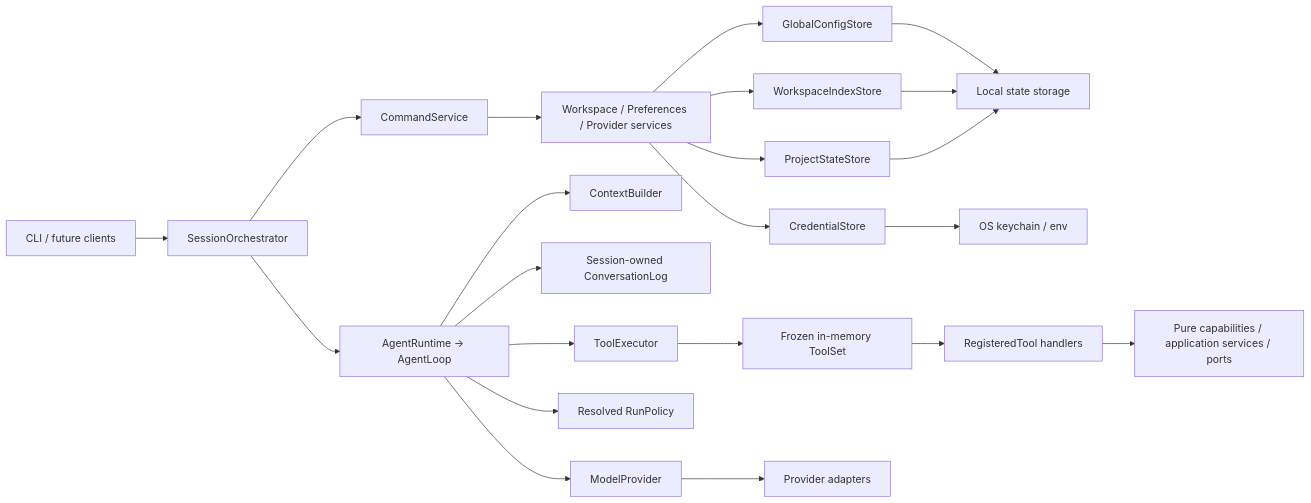
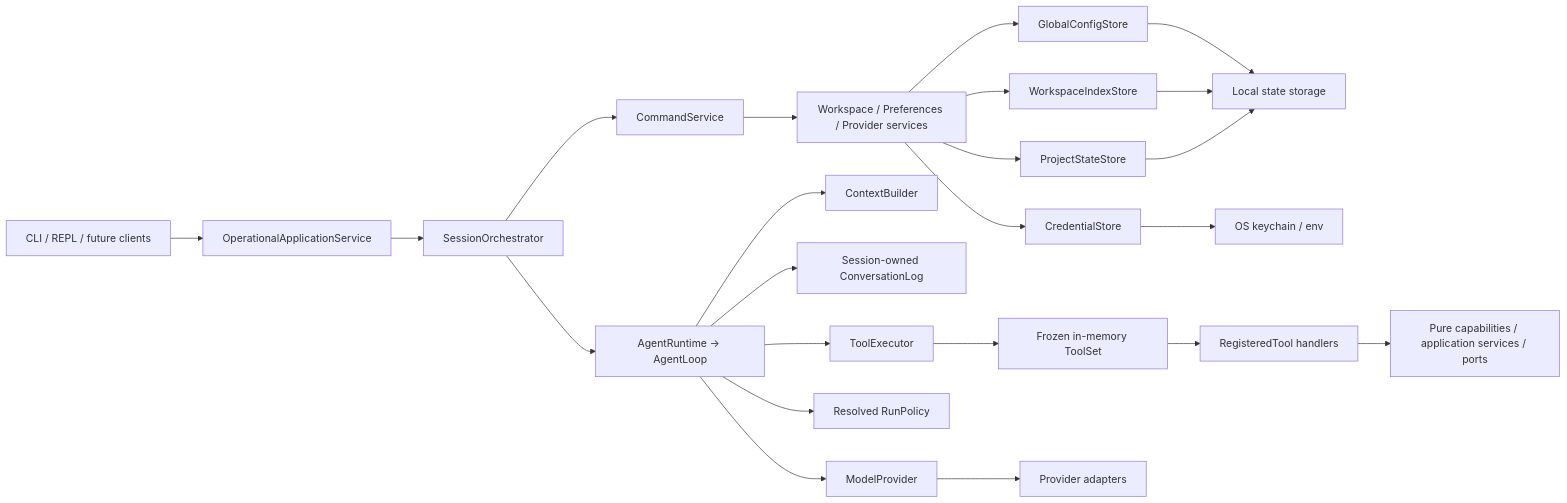
One commit to Maxuix/morrow-agent changed the diagram in docs/ARCHITECTURE.md. Above: the diagram before and after it, drawn with Mermaid. The commit also changed other lines of this file and 31 other files, not shown here.

Commit message:
feat(application): add Stage 4 operations API and diagnostics

````diff
--- a/docs/ARCHITECTURE.md
+++ b/docs/ARCHITECTURE.md
@@ -13,24 +13,25 @@
 ```mermaid
 flowchart LR
-    UI["CLI / future clients"] --> ORCH["SessionOrchestrator"]
+    UI["CLI / REPL / future clients"] --> API["OperationalApplicationService"]
+    API --> ORCH["SessionOrchestrator"]
     ORCH --> COMMAND["CommandService"]
     ORCH --> RUNTIME["AgentRuntime → AgentLoop"]
     RUNTIME --> CONTEXT["ContextBuilder"]
     RUNTIME --> LOG["Session-owned ConversationLog"]
     RUNTIME --> EXECUTOR["ToolExecutor"]
     EXECUTOR --> TOOLSET["Frozen in-memory ToolSet"]
     TOOLSET --> HANDLER["RegisteredTool handlers"]
     HANDLER --> CAPABILITY["Pure capabilities / application services / ports"]
     RUNTIME --> POLICY["Resolved RunPolicy"]
     RUNTIME --> PROVIDER["ModelProvider"]
     COMMAND --> SERVICES["Workspace / Preferences / Provider services"]
     SERVICES --> GLOBAL["GlobalConfigStore"]
     SERVICES --> INDEX["WorkspaceIndexStore"]
     SERVICES --> STATE["ProjectStateStore"]
     SERVICES --> CREDENTIAL["CredentialStore"]
     PROVIDER --> ADAPTER["Provider adapters"]
     GLOBAL --> STORAGE["Local state storage"]
     INDEX --> STORAGE
     STATE --> STORAGE
     CREDENTIAL --> KEYCHAIN["OS keychain / env"]
 ```
````
